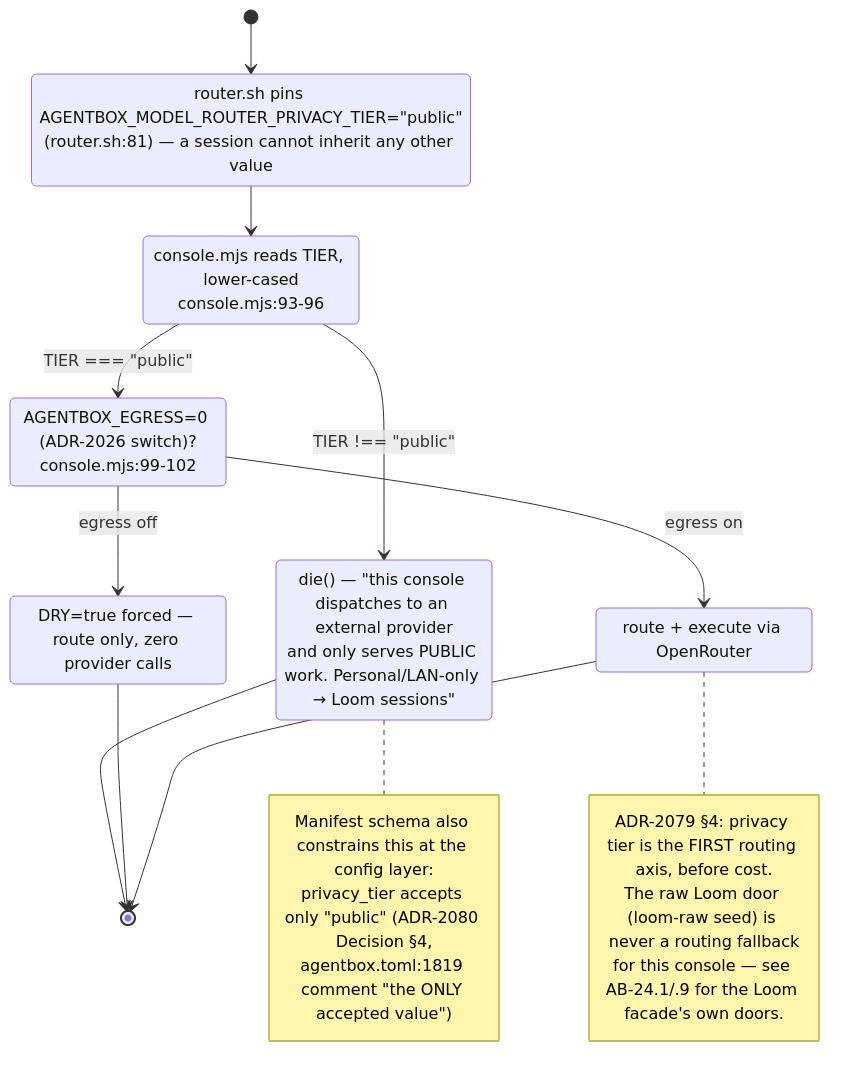
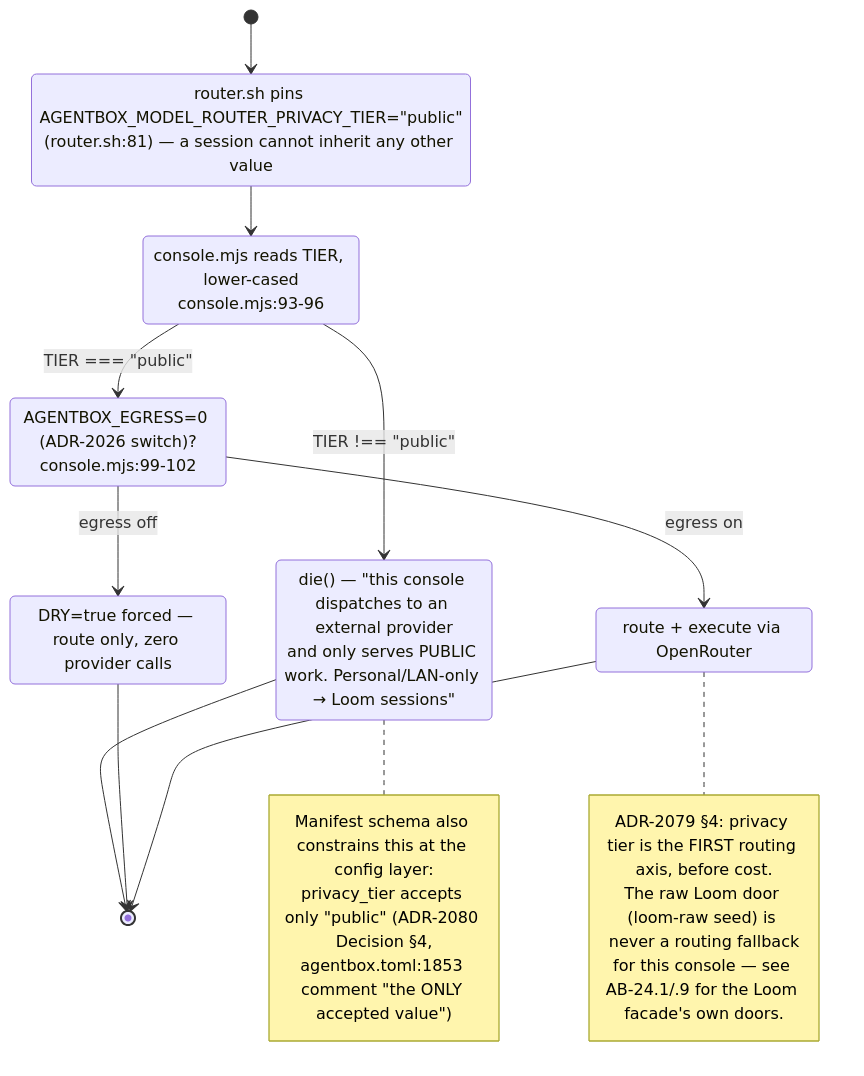
The sixth of 9 diagrams in docs/diagrams/agentbox/29-metaharness-router-console.md (DreamLab-AI/VisionFlow), drawn with Mermaid before and after one commit. The commit also changed other lines of this file and 7 other files, not shown here.

````diff
--- a/docs/diagrams/agentbox/29-metaharness-router-console.md
+++ b/docs/diagrams/agentbox/29-metaharness-router-console.md
@@ -217,28 +217,28 @@
 ```mermaid
 stateDiagram-v2
     [*] --> WrapperCheck
     WrapperCheck: router.sh pins AGENTBOX_MODEL_ROUTER_PRIVACY_TIER="public"<br/>(router.sh:81) — a session cannot inherit any other value
     WrapperCheck --> ConsoleCheck
     ConsoleCheck: console.mjs reads TIER, lower-cased<br/>console.mjs:93-96
     ConsoleCheck --> Refused: TIER !== "public"
     ConsoleCheck --> EgressCheck: TIER === "public"
     Refused: die() — "this console dispatches to an external provider<br/>and only serves PUBLIC work. Personal/LAN-only → Loom sessions"
     Refused --> [*]
     EgressCheck: AGENTBOX_EGRESS=0 (ADR-2026 switch)?<br/>console.mjs:99-102
     EgressCheck --> DryRunForced: egress off
     EgressCheck --> NormalRun: egress on
     DryRunForced: DRY=true forced — route only, zero provider calls
     NormalRun: route + execute via OpenRouter
     DryRunForced --> [*]
     NormalRun --> [*]
     note right of Refused
         Manifest schema also constrains this at the config layer:
         privacy_tier accepts only "public" (ADR-2080 Decision §4,
-        agentbox.toml:1819 comment "the ONLY accepted value")
+        agentbox.toml:1853 comment "the ONLY accepted value")
     end note
     note right of NormalRun
         ADR-2079 §4: privacy tier is the FIRST routing axis, before cost.
         The raw Loom door (loom-raw seed) is never a routing fallback
         for this console — see AB-24.1/.9 for the Loom facade's own doors.
     end note
 ```
````
